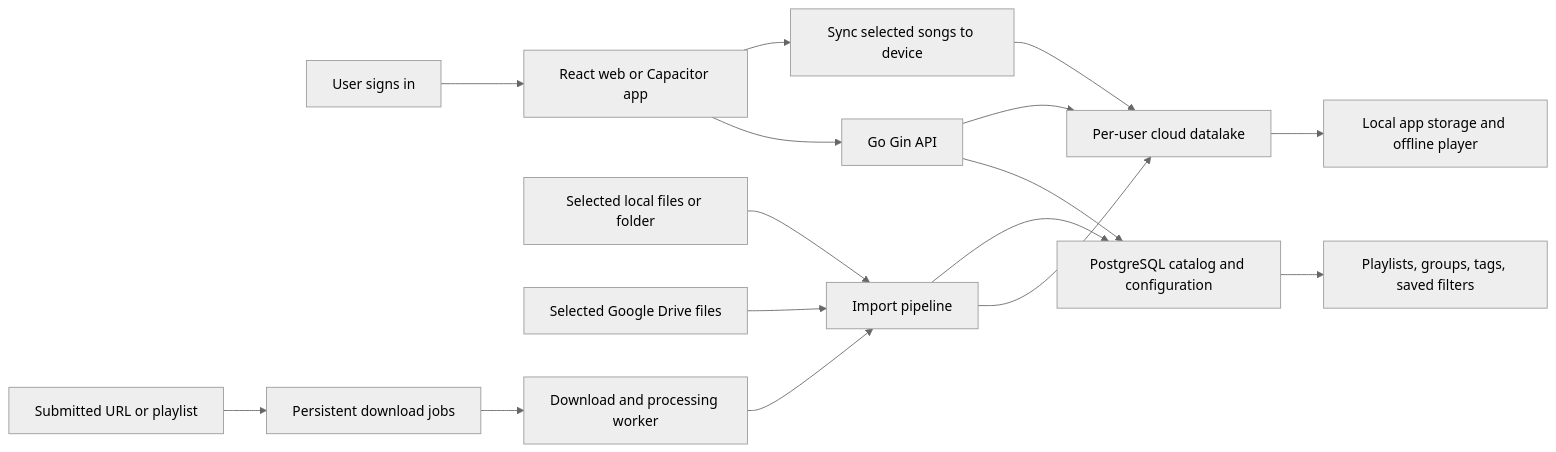
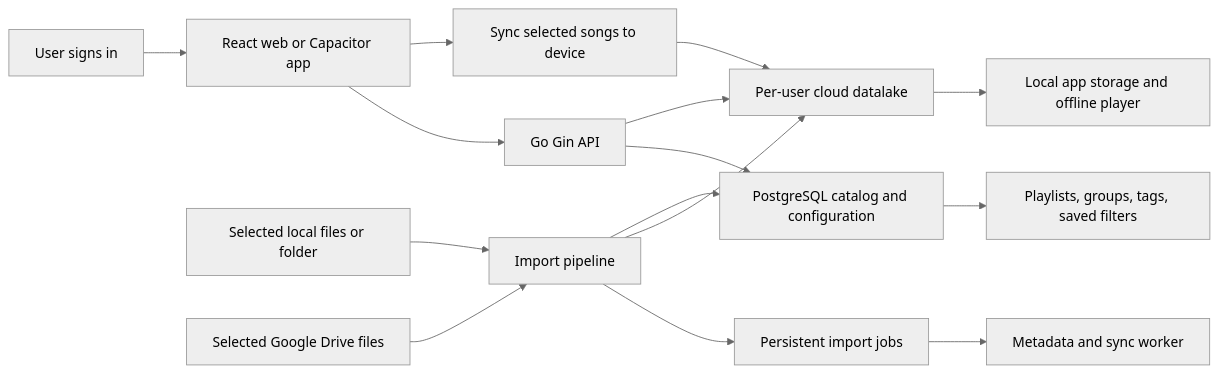
One commit to henriquepaulalima/song-sleeve changed the diagram in docs/implementation-plan.md. Above: the diagram before and after it, drawn with Mermaid (neutral theme). The commit also changed other lines of this file and 1 other file, not shown here.

````diff
--- a/docs/implementation-plan.md
+++ b/docs/implementation-plan.md
@@ -27,18 +27,17 @@
 ```mermaid
 flowchart LR
     User["User signs in"] --> Client["React web or Capacitor app"]
     Client --> API["Go Gin API"]
     API --> PG["PostgreSQL catalog and configuration"]
     API --> Lake["Per-user cloud datalake"]
     Local["Selected local files or folder"] --> Import["Import pipeline"]
     Drive["Selected Google Drive files"] --> Import
-    URL["Submitted URL or playlist"] --> Jobs["Persistent download jobs"]
-    Jobs --> Worker["Download and processing worker"]
-    Worker --> Import
+    Import --> Jobs["Persistent import jobs"]
+    Jobs --> Worker["Metadata and sync worker"]
     Import --> Lake
     Import --> PG
     Client --> Sync["Sync selected songs to device"]
     Sync --> Lake
     Lake --> Offline["Local app storage and offline player"]
     PG --> Organization["Playlists, groups, tags, saved filters"]
 ```
````
